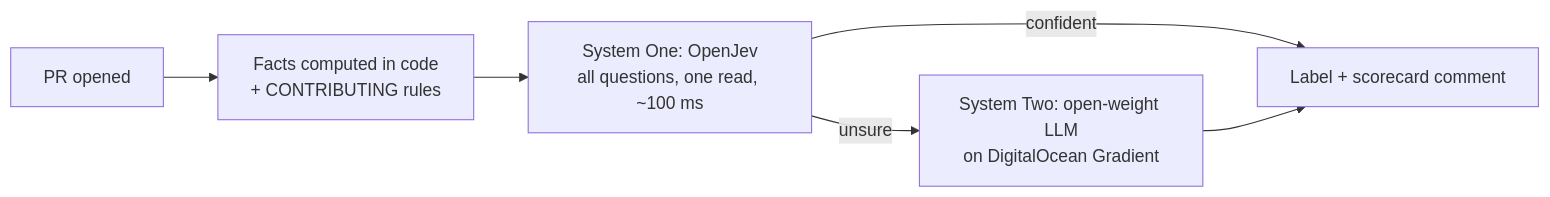
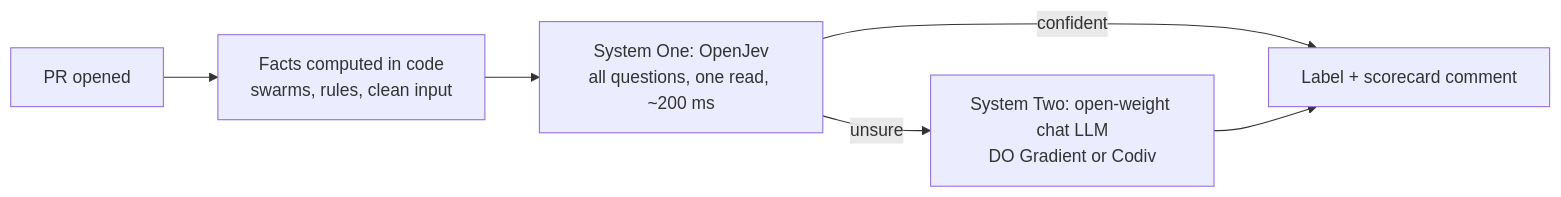
The diagram in README.md (CTAGRAM/slopgate), drawn with Mermaid before and after one commit. The commit also changed other lines of this file and 12 other files, not shown here.

````diff
--- a/README.md
+++ b/README.md
@@ -49,8 +66,8 @@
 ```mermaid
 flowchart LR
-    A[PR opened] --> B[Facts computed in code<br/>+ CONTRIBUTING rules]
-    B --> C[System One: OpenJev<br/>all questions, one read, ~100 ms]
+    A[PR opened] --> B[Facts computed in code<br/>swarms, rules, clean input]
+    B --> C[System One: OpenJev<br/>all questions, one read, ~200 ms]
     C -->|confident| D[Label + scorecard comment]
-    C -->|unsure| E[System Two: open-weight LLM<br/>on DigitalOcean Gradient]
+    C -->|unsure| E[System Two: open-weight chat LLM<br/>DO Gradient or Codiv]
     E --> D
 ```
````
